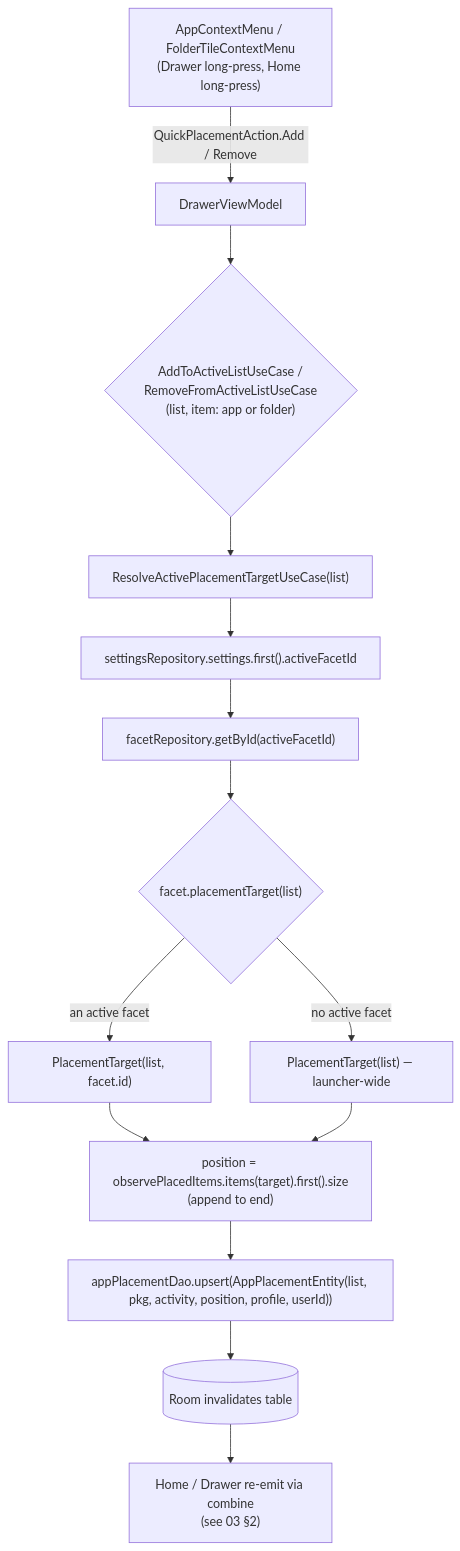
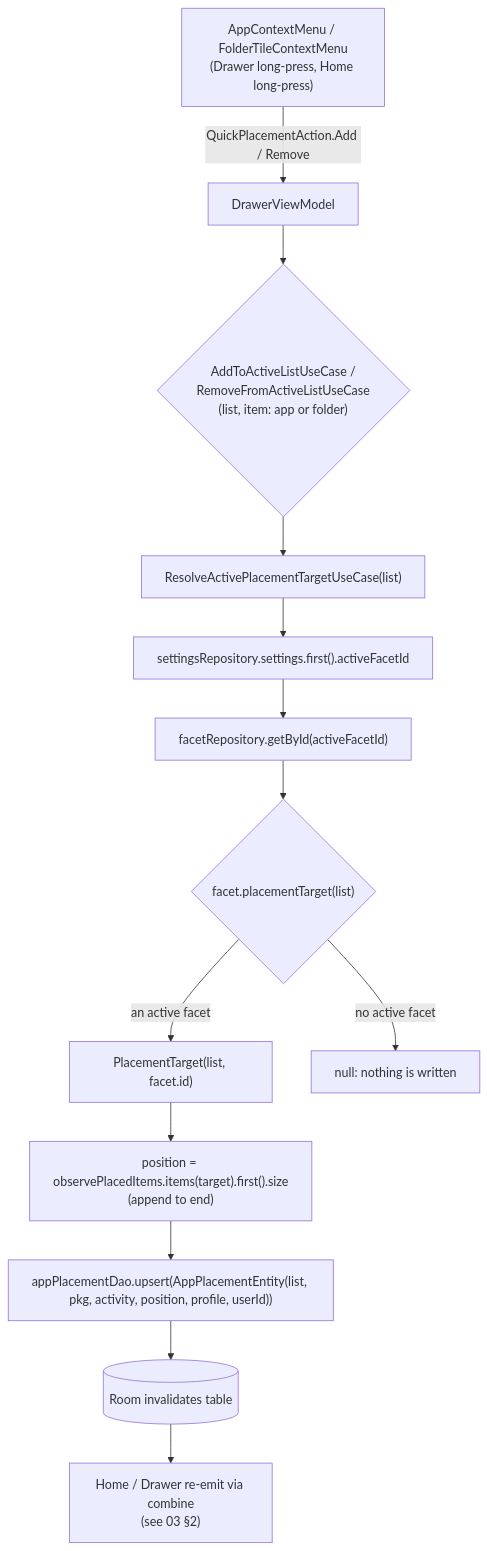
The first of 3 diagrams in docs/architecture/08-flow-placements.md (rohitganjam/facet-launcher), drawn with Mermaid before and after one commit. The commit also changed other lines of this file and 86 other files, not shown here.

First line of the commit message:
Remove the launcher-wide Dock and Favorites lists

````diff
--- a/docs/architecture/08-flow-placements.md
+++ b/docs/architecture/08-flow-placements.md
@@ -13,15 +13,15 @@
 ```mermaid
 flowchart TB
     UI["AppContextMenu / FolderTileContextMenu\n(Drawer long-press, Home long-press)"] -- "QuickPlacementAction.Add / Remove" --> DVM[DrawerViewModel]
     DVM --> UC{"AddToActiveListUseCase /\nRemoveFromActiveListUseCase\n(list, item: app or folder)"}
     UC --> RT["ResolveActivePlacementTargetUseCase(list)"]
     RT --> S["settingsRepository.settings.first().activeFacetId"]
     S --> F["facetRepository.getById(activeFacetId)"]
     F --> D{"facet.placementTarget(list)"}
     D -- "an active facet" --> T1["PlacementTarget(list, facet.id)"]
-    D -- "no active facet" --> T2["PlacementTarget(list) — launcher-wide"]
-    T1 & T2 --> POS["position = observePlacedItems.items(target).first().size\n(append to end)"]
+    D -- "no active facet" --> T2["null: nothing is written"]
+    T1 --> POS["position = observePlacedItems.items(target).first().size\n(append to end)"]
     POS --> DAO["appPlacementDao.upsert(AppPlacementEntity(list, pkg, activity, position, profile, userId))"]
     DAO --> ROOM[(Room invalidates table)]
     ROOM --> HOME["Home / Drawer re-emit via combine\n(see 03 §2)"]
 ```
````
